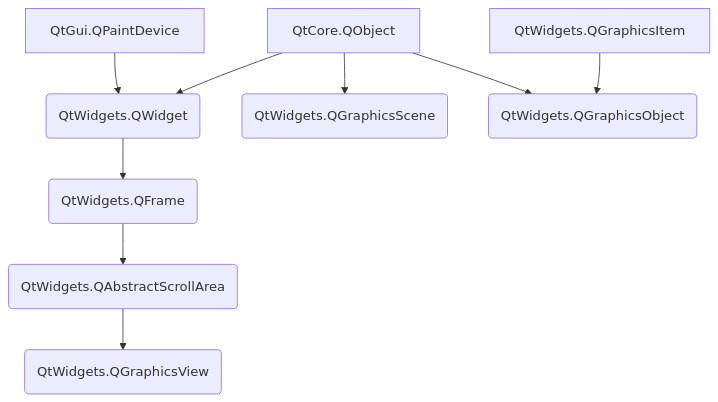
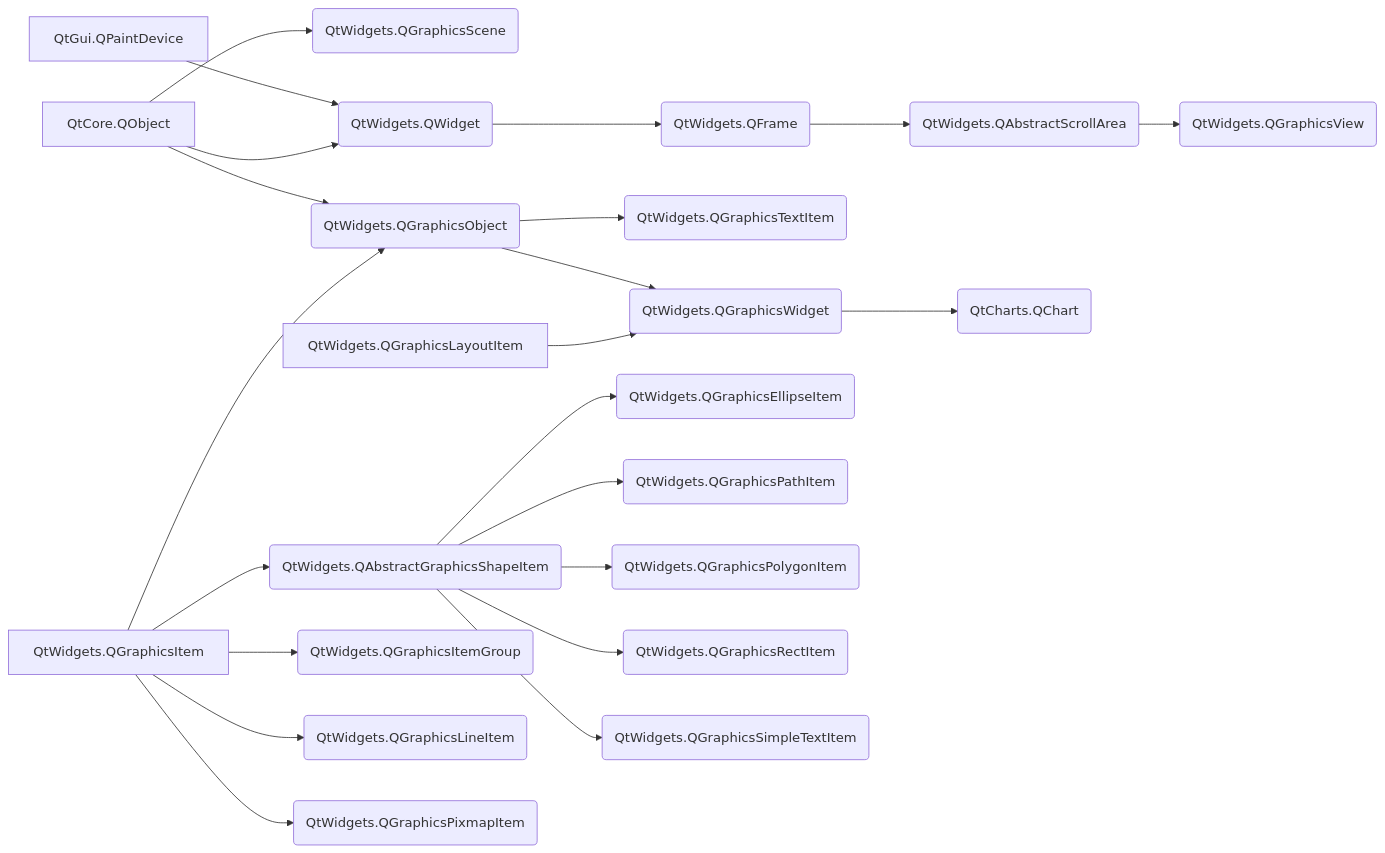
One commit to xinetzone/xinet-tutorials changed the diagram in README.md. Above: the diagram before and after it, drawn with Mermaid. The commit also changed other lines of this file and 4 other files, not shown here.

````diff
--- a/README.md
+++ b/README.md
@@ -136,11 +9,24 @@
 ```mermaid
-graph TD
+graph LR
+W --> U(QtWidgets.QGraphicsScene)
 A[QtGui.QPaintDevice] --> B(QtWidgets.QWidget)
 W[QtCore.QObject] --> B
-W --> U(QtWidgets.QGraphicsScene)
 B --> C(QtWidgets.QFrame)
 C --> D(QtWidgets.QAbstractScrollArea)
 D -->E(QtWidgets.QGraphicsView)
+F --> S(QtWidgets.QGraphicsTextItem)
+F --> AA(QtWidgets.QGraphicsWidget)
+BB[QtWidgets.QGraphicsLayoutItem] --> AA
+AA --> AAA(QtCharts.QChart)
 W --> F(QtWidgets.QGraphicsObject)
 WW[QtWidgets.QGraphicsItem] --> F
+WW --> EE(QtWidgets.QAbstractGraphicsShapeItem)
+WW --> FF(QtWidgets.QGraphicsItemGroup)
+WW -->3F(QtWidgets.QGraphicsLineItem)
+WW --> 4F(QtWidgets.QGraphicsPixmapItem)
+EE --> QQ(QtWidgets.QGraphicsEllipseItem)
+EE --> 3Q(QtWidgets.QGraphicsPathItem)
+EE --> 4Q(QtWidgets.QGraphicsPolygonItem)
+EE --> 5Q(QtWidgets.QGraphicsRectItem)
+EE --> 6Q(QtWidgets.QGraphicsSimpleTextItem)
 ```
````
